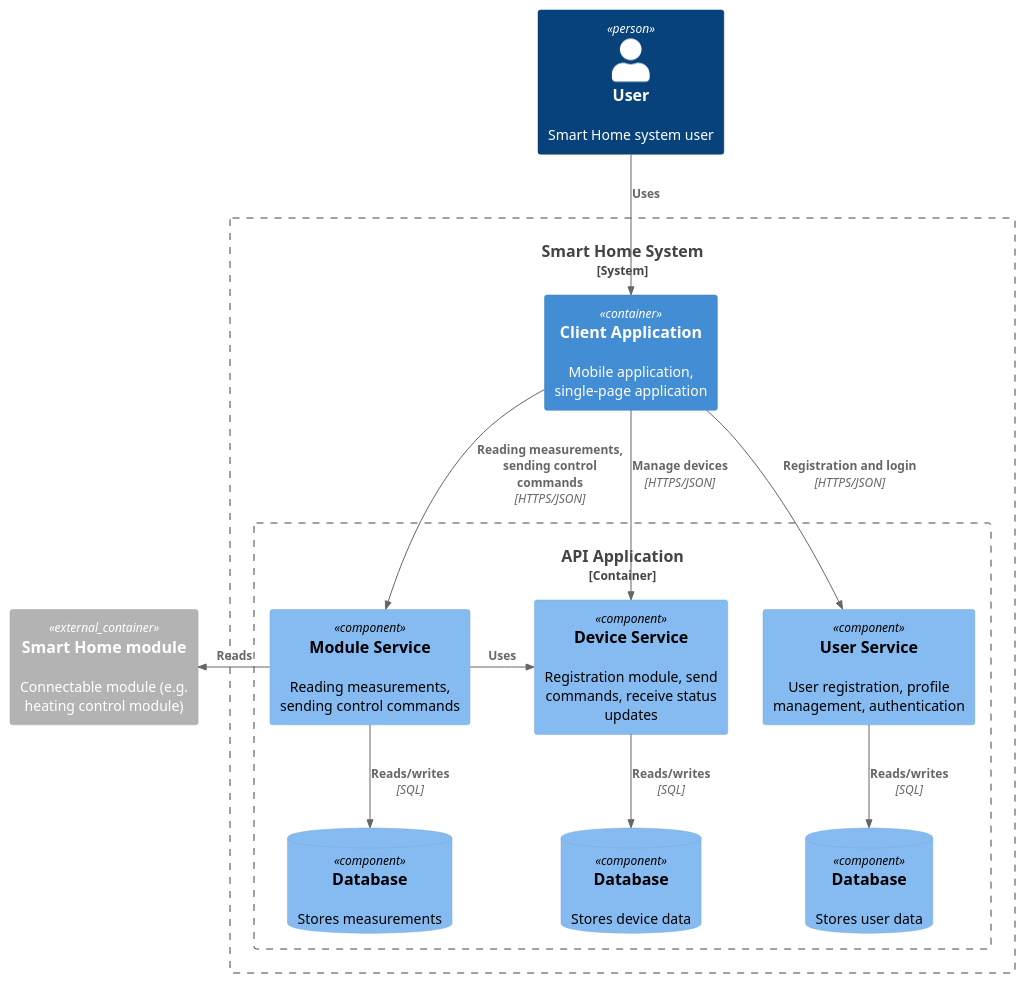
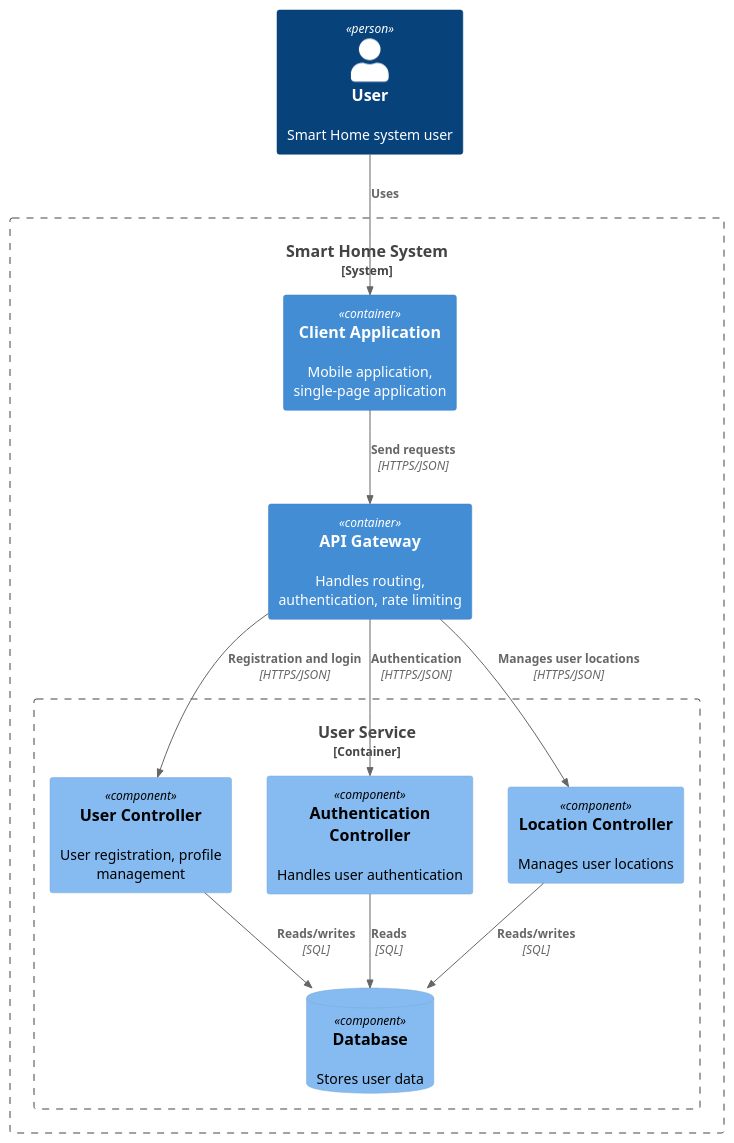
The diagram in diagram/component/SmartHome_Component.puml (Madm1key/architecture-warmhouse), drawn with PlantUML before and after one commit. The commit also changed 3 other files, not shown here.

```diff
--- a/diagram/component/SmartHome_Component.puml
+++ b/diagram/component/SmartHome_Component.puml
@@ -1,35 +1,27 @@
 @startuml
 !include https://raw.githubusercontent.com/plantuml-stdlib/C4-PlantUML/master/C4_Component.puml
 
 Person(user, "User", "Smart Home system user")
 
 System_Boundary(s, "Smart Home System") {
   Container(client, "Client Application", $descr="Mobile application, single-page application")
+  Container(gateway, "API Gateway", $descr="Handles routing, authentication, rate limiting")
 
-  Container_Boundary(app, "API Application") {
-    Component(userService, "User Service", $descr="User registration, profile management, authentication")
-    Component(moduleService, "Module Service", $descr="Reading measurements, sending control commands")
-    Component(deviceService, "Device Service", $descr="Registration module, send commands, receive status updates")
-
+  Container_Boundary(app, "User Service") {
+    Component(userController, "User Controller", $descr="User registration, profile management")
+    Component(authController, "Authentication Controller", $descr="Handles user authentication")
+    Component(locationController, "Location Controller", $descr="Manages user locations")
     ComponentDb(userDb, "Database", $descr="Stores user data")
-    ComponentDb(deviceDb, "Database", $descr="Stores device data")
-    ComponentDb(moduleDb, "Database", $descr="Stores measurements")
   }
-
 }
 
-Container_Ext(module, "Smart Home module", $descr="Connectable module (e.g. heating control module)")
+Rel(user, client, "Uses")
+Rel(client, gateway, "Send requests", "HTTPS/JSON")
 
-Rel(user, client, "Uses")
-
-Rel(client, userService, "Registration and login", "HTTPS/JSON")
-Rel(client, deviceService, "Manage devices", "HTTPS/JSON")
-Rel(client, moduleService, "Reading measurements, sending control commands", "HTTPS/JSON")
-
-Rel_L(moduleService, module, "Reads")
-Rel_Neighbor(moduleService, deviceService, "Uses")
-
-Rel(userService, userDb, "Reads/writes", "SQL")
-Rel(deviceService, deviceDb, "Reads/writes", "SQL")
-Rel(moduleService, moduleDb, "Reads/writes", "SQL")
+Rel(gateway, userController, "Registration and login", "HTTPS/JSON")
+Rel(gateway, authController, "Authentication", "HTTPS/JSON")
+Rel(gateway, locationController, "Manages user locations", "HTTPS/JSON")
+Rel(userController, userDb, "Reads/writes", "SQL")
+Rel(authController, userDb, "Reads", "SQL")
+Rel(locationController, userDb, "Reads/writes", "SQL")
 @enduml
```
